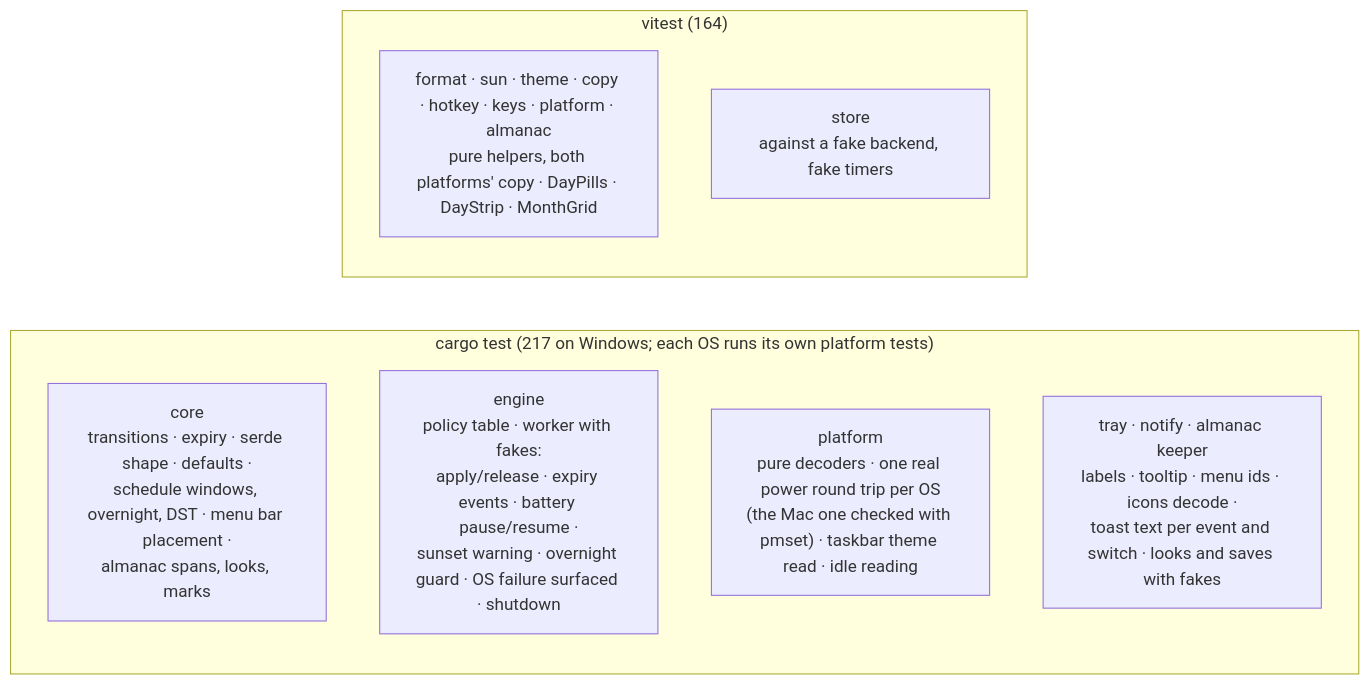
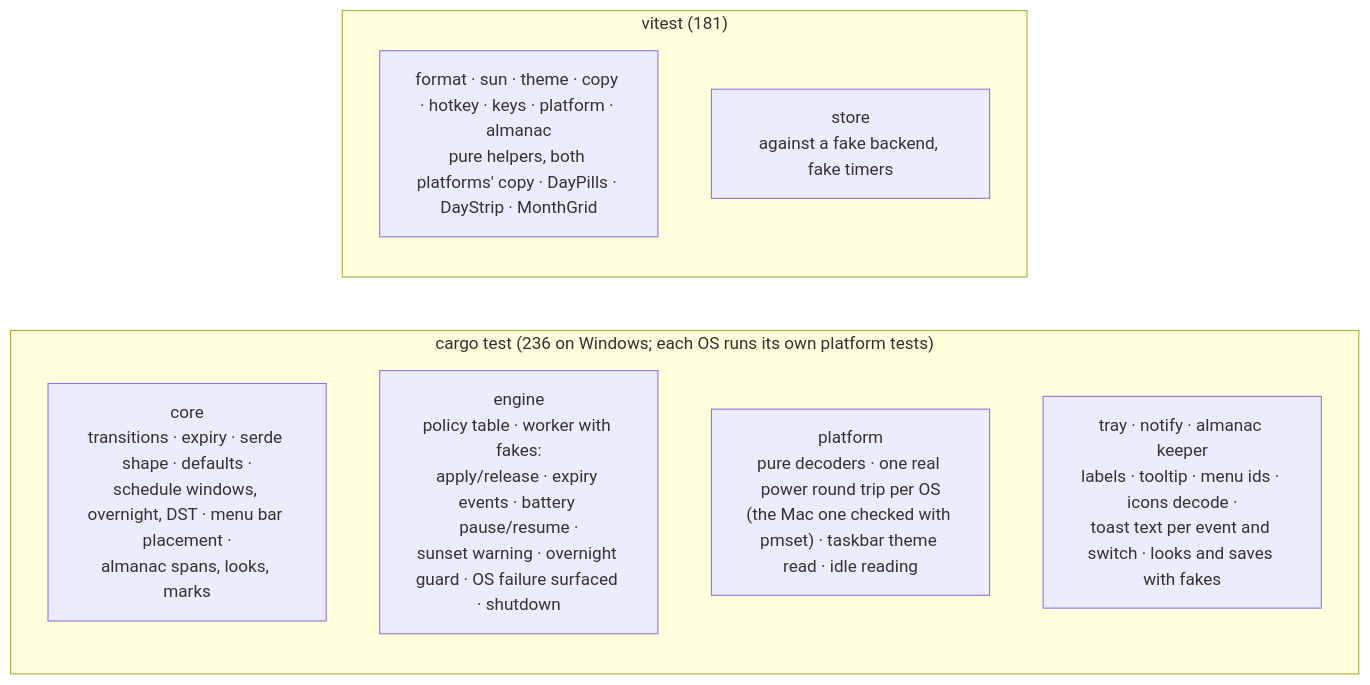
The fourth of 4 diagrams in docs/development.md (ax5hay/KeepMeAwake), drawn with Mermaid before and after one commit. The commit also changed 12 other files, not shown here.

````diff
--- a/docs/development.md
+++ b/docs/development.md
@@ -182,13 +182,13 @@
 ```mermaid
 flowchart LR
-    subgraph rust["cargo test (217 on Windows; each OS runs its own platform tests)"]
+    subgraph rust["cargo test (236 on Windows; each OS runs its own platform tests)"]
         core_t["core<br/>transitions · expiry · serde shape · defaults ·<br/>schedule windows, overnight, DST · menu bar placement ·<br/>almanac spans, looks, marks"]
         engine_t["engine<br/>policy table · worker with fakes:<br/>apply/release · expiry events · battery pause/resume ·<br/>sunset warning · overnight guard · OS failure surfaced · shutdown"]
         platform_t["platform<br/>pure decoders · one real power round trip per OS<br/>(the Mac one checked with pmset) · taskbar theme read · idle reading"]
         tray_t["tray · notify · almanac keeper<br/>labels · tooltip · menu ids · icons decode ·<br/>toast text per event and switch · looks and saves with fakes"]
     end
-    subgraph ui["vitest (164)"]
+    subgraph ui["vitest (181)"]
         fmt["format · sun · theme · copy · hotkey · keys · platform · almanac<br/>pure helpers, both platforms' copy · DayPills · DayStrip · MonthGrid"]
         store_t["store<br/>against a fake backend, fake timers"]
     end
 ```
````
